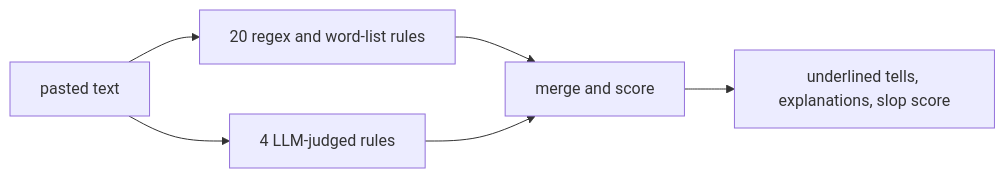
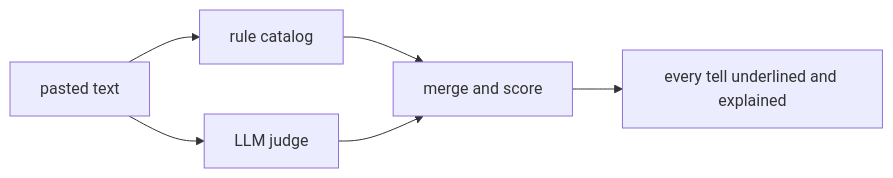
Before and after one commit to gabrilator/isitslop: the diagram in README.md, drawn with Mermaid. The commit also changed other lines of this file, not shown here.

````diff
--- a/README.md
+++ b/README.md
@@ -20,8 +11,8 @@
 ```mermaid
 flowchart LR
-    A[pasted text] --> B[20 regex and word-list rules]
-    A --> C[4 LLM-judged rules]
+    A[pasted text] --> B[rule catalog]
+    A --> C[LLM judge]
     B --> D[merge and score]
     C --> D
-    D --> E[underlined tells, explanations, slop score]
+    D --> E[every tell underlined and explained]
 ```
````
